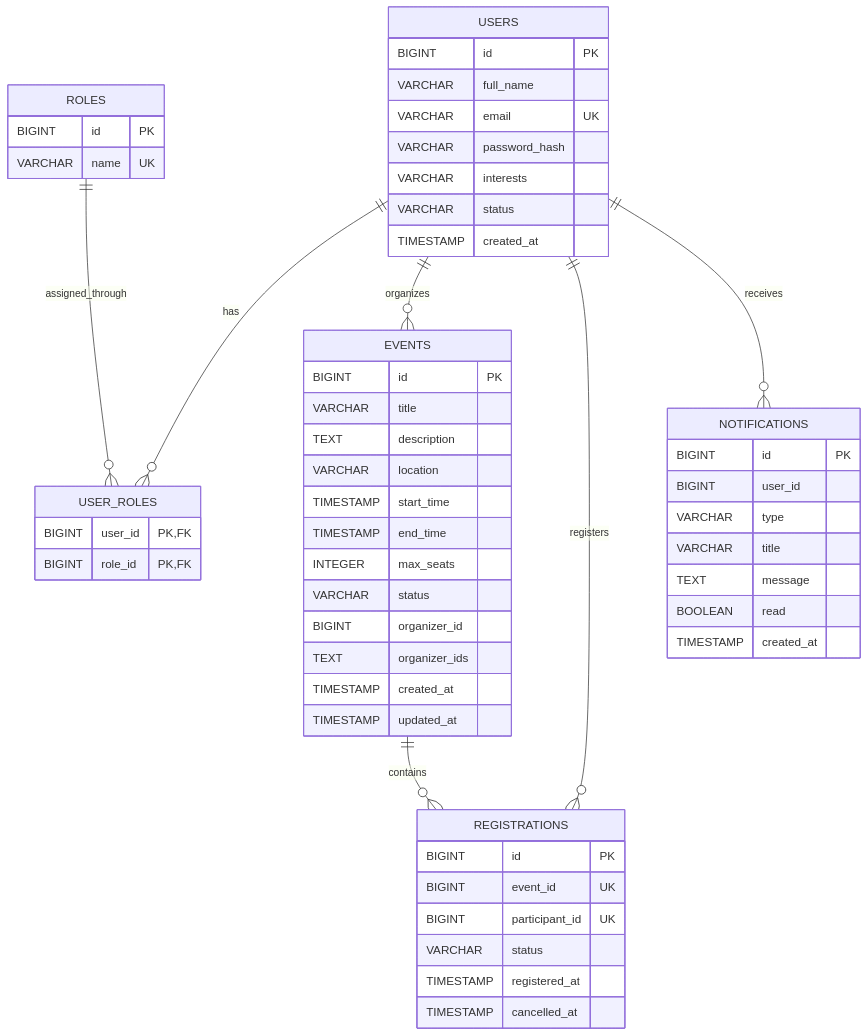
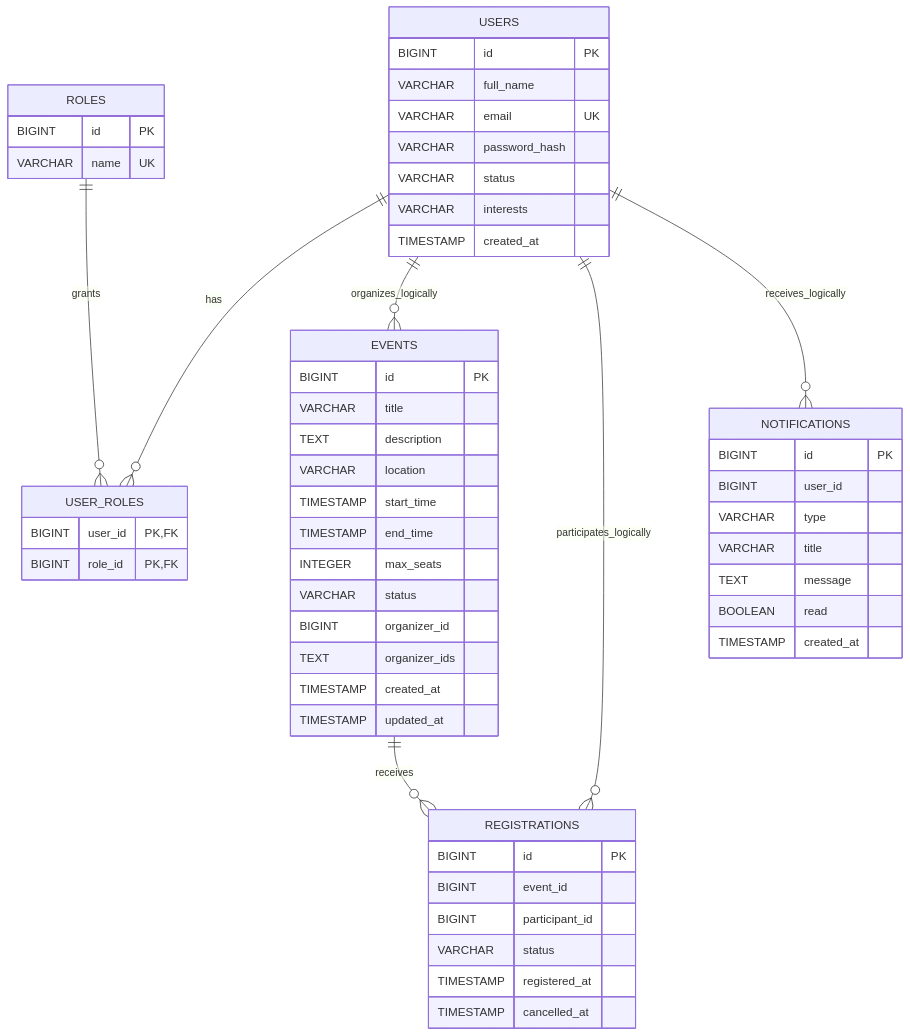
The diagram in docs/architecture/Event_Registration_System_ERD.md (doaaaymann/Event_Registration_System), drawn with Mermaid before and after one commit. The commit also changed other lines of this file and 5 other files, not shown here.

````diff
--- a/docs/architecture/Event_Registration_System_ERD.md
+++ b/docs/architecture/Event_Registration_System_ERD.md
@@ -15,65 +8,64 @@
 ```mermaid
 erDiagram
     USERS {
         BIGINT id PK
         VARCHAR full_name
         VARCHAR email UK
         VARCHAR password_hash
+        VARCHAR status
         VARCHAR interests
-        VARCHAR status
         TIMESTAMP created_at
     }
 
     ROLES {
         BIGINT id PK
         VARCHAR name UK
     }
 
     USER_ROLES {
         BIGINT user_id PK, FK
         BIGINT role_id PK, FK
     }
 
     EVENTS {
         BIGINT id PK
         VARCHAR title
         TEXT description
         VARCHAR location
         TIMESTAMP start_time
         TIMESTAMP end_time
         INTEGER max_seats
         VARCHAR status
         BIGINT organizer_id
         TEXT organizer_ids
         TIMESTAMP created_at
         TIMESTAMP updated_at
     }
 
     REGISTRATIONS {
         BIGINT id PK
-        BIGINT event_id UK
-        BIGINT participant_id UK
+        BIGINT event_id
+        BIGINT participant_id
         VARCHAR status
         TIMESTAMP registered_at
         TIMESTAMP cancelled_at
     }
 
     NOTIFICATIONS {
         BIGINT id PK
         BIGINT user_id
         VARCHAR type
         VARCHAR title
         TEXT message
         BOOLEAN read
         TIMESTAMP created_at
     }
 
     USERS ||--o{ USER_ROLES : has
-    ROLES ||--o{ USER_ROLES : assigned_through
+    ROLES ||--o{ USER_ROLES : grants
 
-    USERS ||--o{ EVENTS : organizes
-    USERS ||--o{ REGISTRATIONS : registers
-    USERS ||--o{ NOTIFICATIONS : receives
-
-    EVENTS ||--o{ REGISTRATIONS : contains
+    USERS ||--o{ EVENTS : organizes_logically
+    USERS ||--o{ REGISTRATIONS : participates_logically
+    EVENTS ||--o{ REGISTRATIONS : receives
+    USERS ||--o{ NOTIFICATIONS : receives_logically
 ```
````
